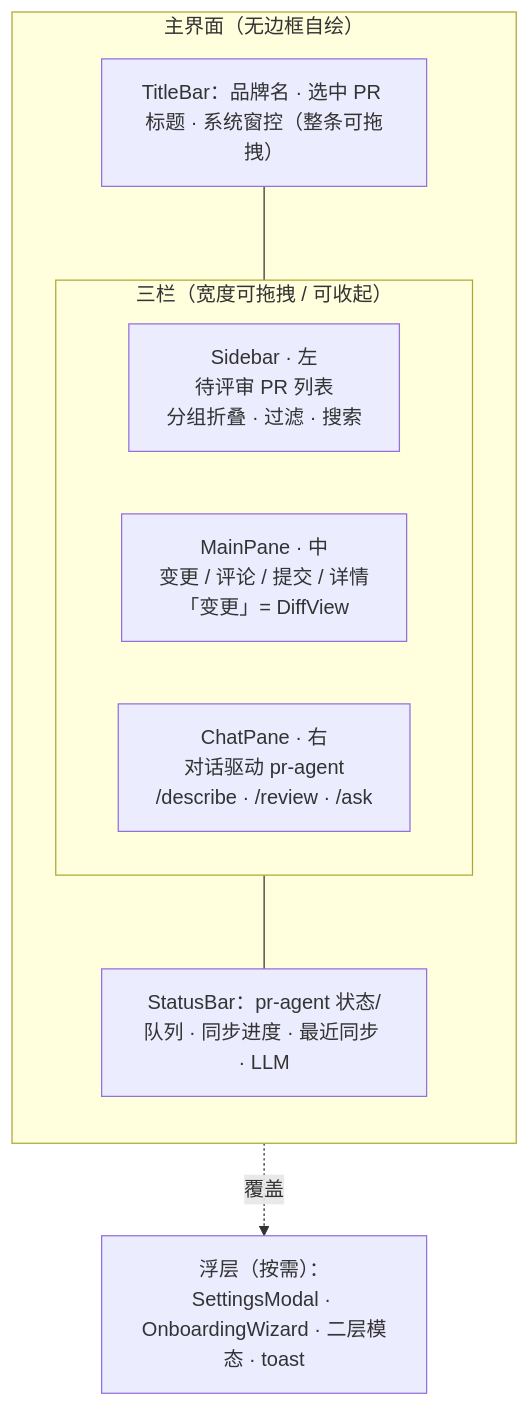
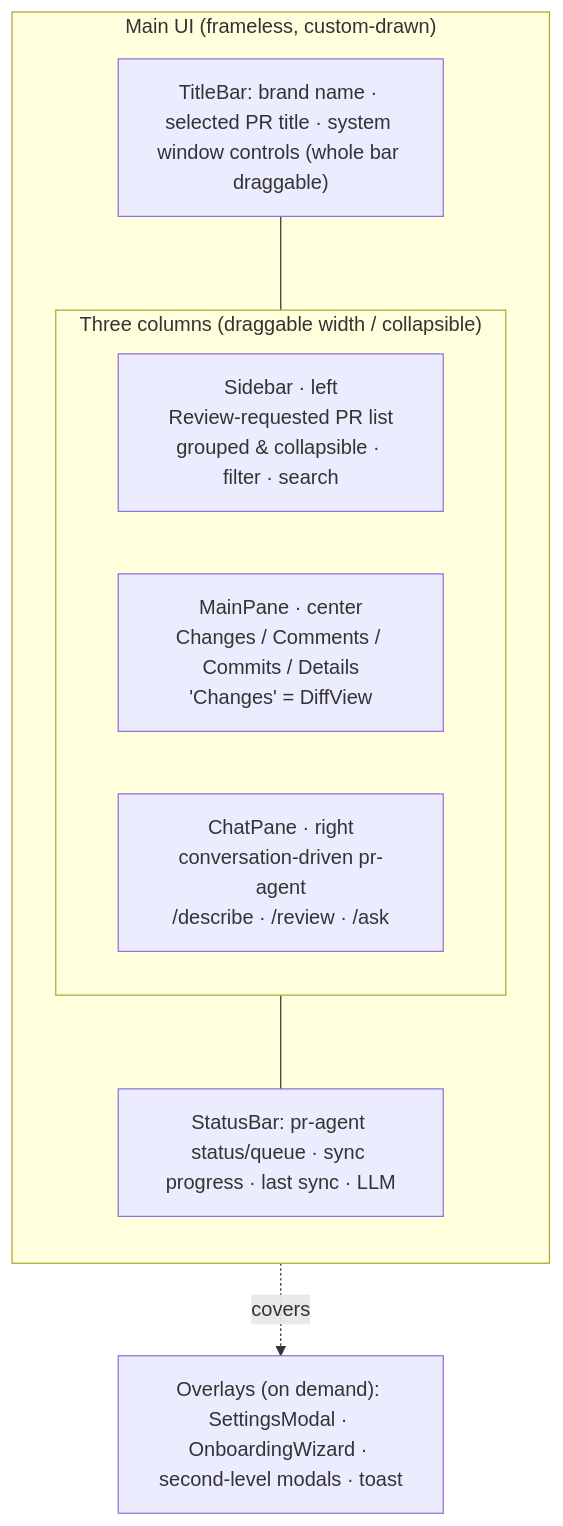
One commit to huhamhire/code-meeseeks changed the diagram in docs/arch/03-gui/01-ui-interaction.md. Above: the diagram before and after it, drawn with Mermaid. The commit also changed other lines of this file and 3 other files, not shown here.

````diff
--- a/docs/arch/03-gui/01-ui-interaction.md
+++ b/docs/arch/03-gui/01-ui-interaction.md
@@ -17,18 +17,18 @@
 ```mermaid
 flowchart TB
-  subgraph APP["主界面（无边框自绘）"]
+  subgraph APP["Main UI (frameless, custom-drawn)"]
     direction TB
-    TBAR["TitleBar：品牌名 · 选中 PR 标题 · 系统窗控（整条可拖拽）"]
-    subgraph BODY["三栏（宽度可拖拽 / 可收起）"]
+    TBAR["TitleBar: brand name · selected PR title · system window controls (whole bar draggable)"]
+    subgraph BODY["Three columns (draggable width / collapsible)"]
       direction LR
-      SB["Sidebar · 左<br/>待评审 PR 列表<br/>分组折叠 · 过滤 · 搜索"]
-      MP["MainPane · 中<br/>变更 / 评论 / 提交 / 详情<br/>「变更」= DiffView"]
-      CP["ChatPane · 右<br/>对话驱动 pr-agent<br/>/describe · /review · /ask"]
+      SB["Sidebar · left<br/>Review-requested PR list<br/>grouped & collapsible · filter · search"]
+      MP["MainPane · center<br/>Changes / Comments / Commits / Details<br/>'Changes' = DiffView"]
+      CP["ChatPane · right<br/>conversation-driven pr-agent<br/>/describe · /review · /ask"]
     end
-    SBAR["StatusBar：pr-agent 状态/队列 · 同步进度 · 最近同步 · LLM"]
+    SBAR["StatusBar: pr-agent status/queue · sync progress · last sync · LLM"]
     TBAR --- BODY
     BODY --- SBAR
   end
-  OV["浮层（按需）：SettingsModal · OnboardingWizard · 二层模态 · toast"]
-  APP -. 覆盖 .-> OV
+  OV["Overlays (on demand): SettingsModal · OnboardingWizard · second-level modals · toast"]
+  APP -. covers .-> OV
 ```
````
